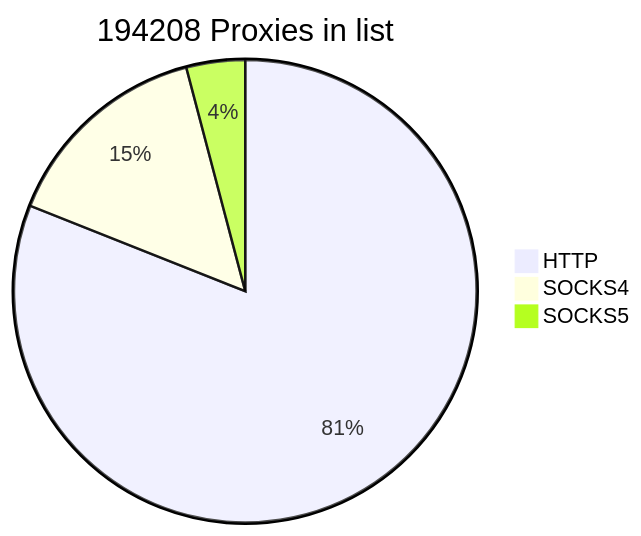
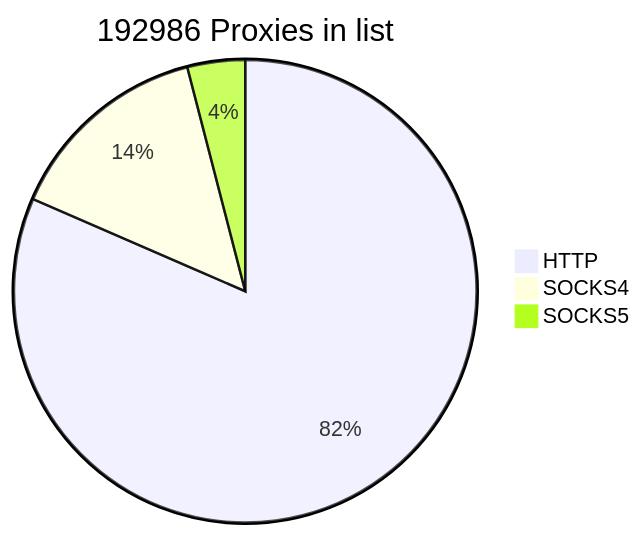
The first of 2 diagrams in README.md (cutipu/proxylist), drawn with Mermaid before and after one commit. The commit also changed other lines of this file, not shown here.

````diff
--- a/README.md
+++ b/README.md
@@ -2,7 +2,7 @@
 ```mermaid
-pie title 194208 Proxies in list
-    "HTTP" : 157352
-    "SOCKS4" : 28889
-    "SOCKS5" : 7967
+pie title 192986 Proxies in list
+    "HTTP" : 157319
+    "SOCKS4" : 27892
+    "SOCKS5" : 7775
             
 ```
````
